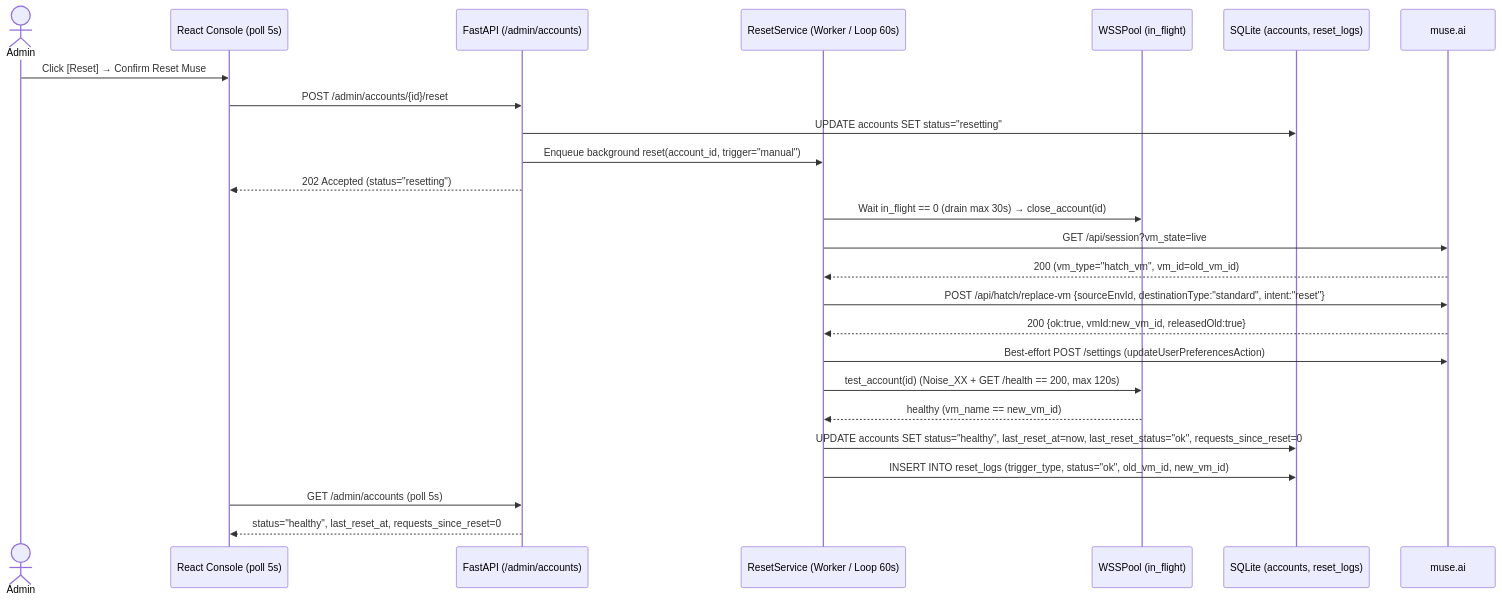
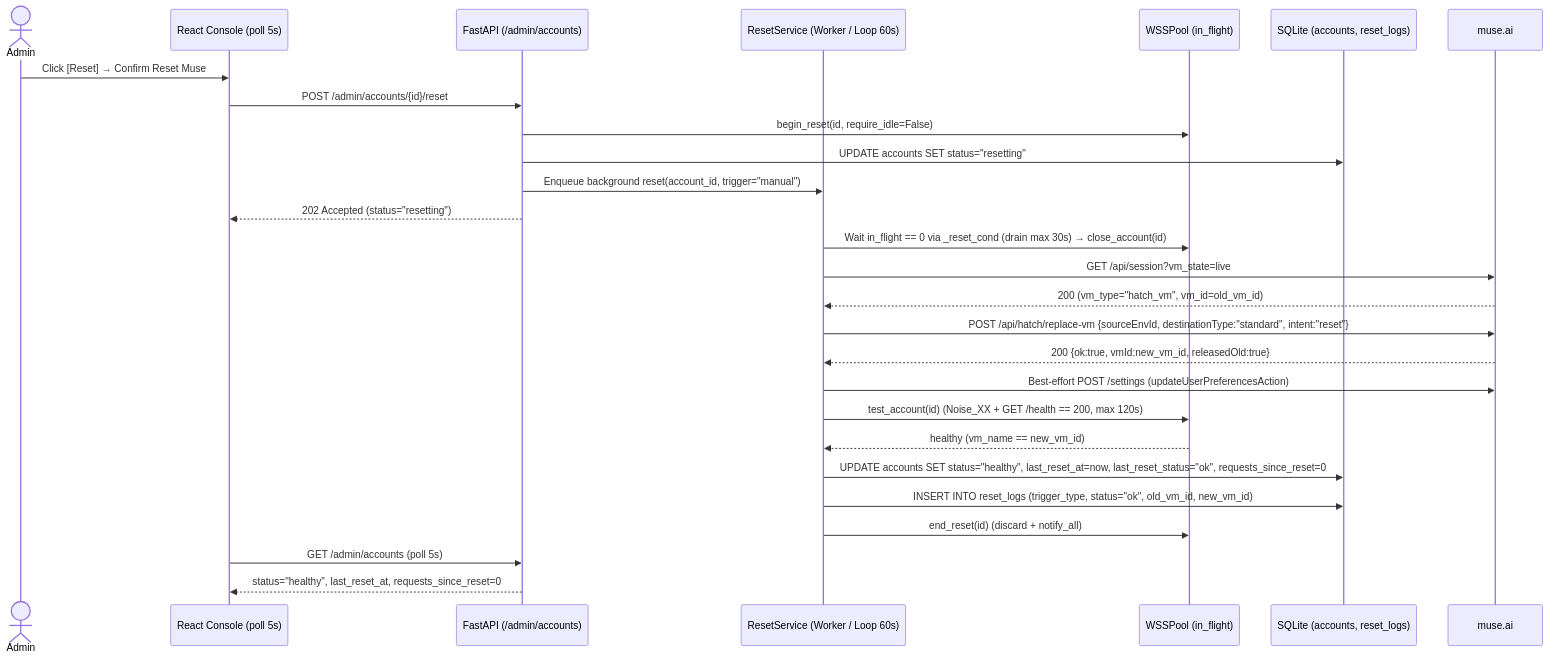
The second of 2 diagrams in docs/03_features/01_accounts_and_keepalive/logic.md (nguyenduclong-ict/muse2api), drawn with Mermaid before and after one commit. The commit also changed other lines of this file and 16 other files, not shown here.

````diff
--- a/docs/03_features/01_accounts_and_keepalive/logic.md
+++ b/docs/03_features/01_accounts_and_keepalive/logic.md
@@ -31,29 +31,31 @@
 ```mermaid
 sequenceDiagram
     actor Admin
     participant UI as React Console (poll 5s)
     participant API as FastAPI (/admin/accounts)
     participant Reset as ResetService (Worker / Loop 60s)
     participant Pool as WSSPool (in_flight)
     participant DB as SQLite (accounts, reset_logs)
     participant Muse as muse.ai
 
     Admin->>UI: Click [Reset] → Confirm Reset Muse
     UI->>API: POST /admin/accounts/{id}/reset
+    API->>Pool: begin_reset(id, require_idle=False)
     API->>DB: UPDATE accounts SET status="resetting"
     API->>Reset: Enqueue background reset(account_id, trigger="manual")
     API-->>UI: 202 Accepted (status="resetting")
 
-    Reset->>Pool: Wait in_flight == 0 (drain max 30s) → close_account(id)
+    Reset->>Pool: Wait in_flight == 0 via _reset_cond (drain max 30s) → close_account(id)
     Reset->>Muse: GET /api/session?vm_state=live
     Muse-->>Reset: 200 (vm_type="hatch_vm", vm_id=old_vm_id)
     Reset->>Muse: POST /api/hatch/replace-vm {sourceEnvId, destinationType:"standard", intent:"reset"}
     Muse-->>Reset: 200 {ok:true, vmId:new_vm_id, releasedOld:true}
     Reset->>Muse: Best-effort POST /settings (updateUserPreferencesAction)
     Reset->>Pool: test_account(id) (Noise_XX + GET /health == 200, max 120s)
     Pool-->>Reset: healthy (vm_name == new_vm_id)
     Reset->>DB: UPDATE accounts SET status="healthy", last_reset_at=now, last_reset_status="ok", requests_since_reset=0
     Reset->>DB: INSERT INTO reset_logs (trigger_type, status="ok", old_vm_id, new_vm_id)
+    Reset->>Pool: end_reset(id) (discard + notify_all)
     UI->>API: GET /admin/accounts (poll 5s)
     API-->>UI: status="healthy", last_reset_at, requests_since_reset=0
 ```
````
